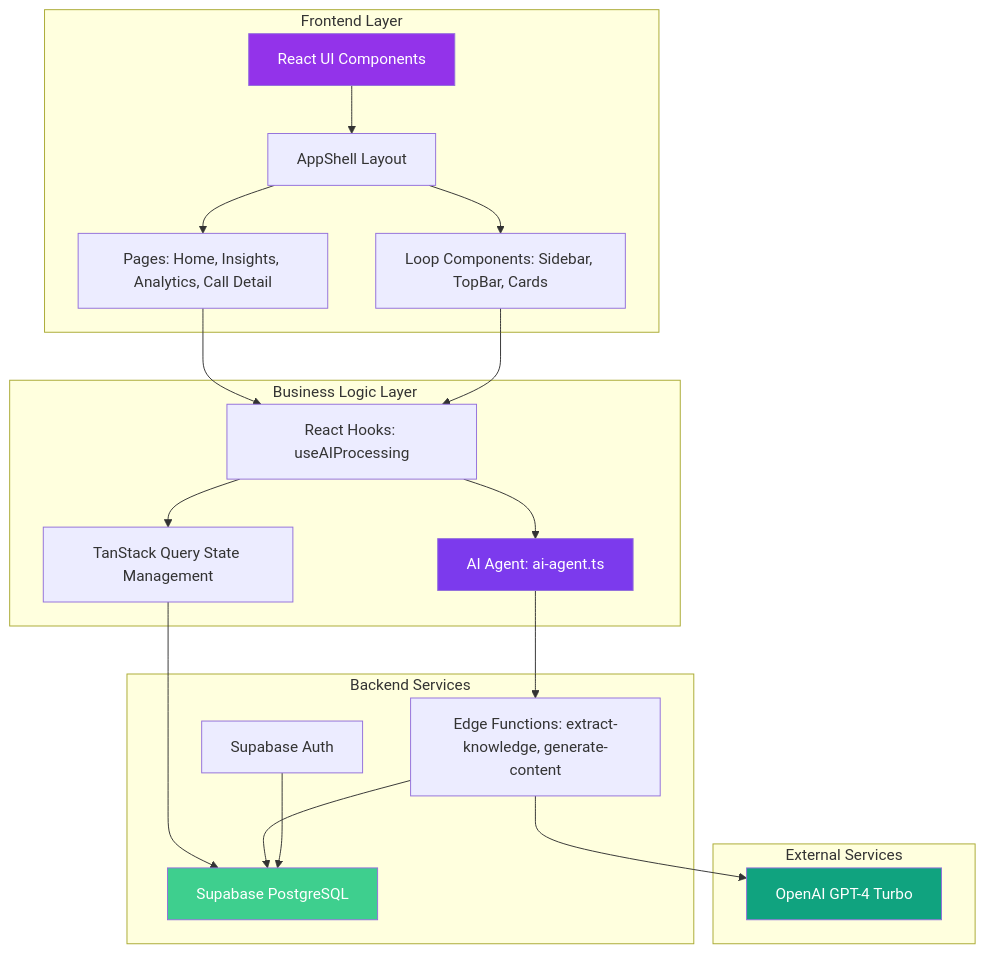
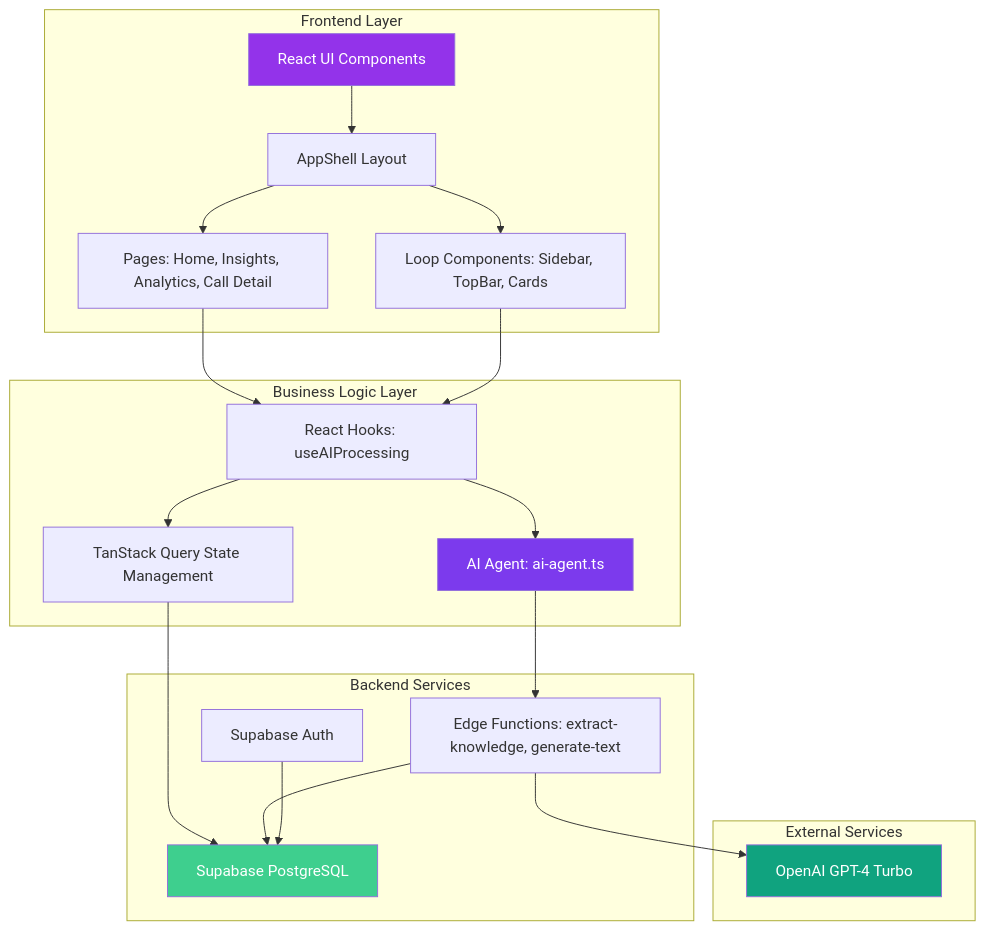
Before and after one commit to Vibe-Marketer/brain: the diagram in docs/architecture/architecture.mmd, drawn with Mermaid. The commit also changed 3 other files, not shown here.

Commit message:
docs: update architecture diagrams + feature registry + supabase CLAUDE for generate-text swap

```diff
--- a/docs/architecture/architecture.mmd
+++ b/docs/architecture/architecture.mmd
@@ -1,41 +1,41 @@
 graph TB
     subgraph "Frontend Layer"
         UI[React UI Components]
         AppShell[AppShell Layout]
         Pages[Pages: Home, Insights, Analytics, Call Detail]
         Components[Loop Components: Sidebar, TopBar, Cards]
     end
     
     subgraph "Business Logic Layer"
         Hooks[React Hooks: useAIProcessing]
         AIAgent[AI Agent: ai-agent.ts]
         Query[TanStack Query State Management]
     end
     
     subgraph "Backend Services"
         Supabase[Supabase PostgreSQL]
         Auth[Supabase Auth]
-        EdgeFn[Edge Functions: extract-knowledge, generate-content]
+        EdgeFn[Edge Functions: extract-knowledge, generate-text]
     end
     
     subgraph "External Services"
         OpenAI[OpenAI GPT-4 Turbo]
     end
     
     UI --> AppShell
     AppShell --> Pages
     AppShell --> Components
     Pages --> Hooks
     Components --> Hooks
     Hooks --> AIAgent
     Hooks --> Query
     Query --> Supabase
     AIAgent --> EdgeFn
     EdgeFn --> OpenAI
     EdgeFn --> Supabase
     Auth --> Supabase
     
     style UI fill:#9333ea,color:#fff
     style AIAgent fill:#7c3aed,color:#fff
     style OpenAI fill:#10a37f,color:#fff
     style Supabase fill:#3ecf8e,color:#fff
```
